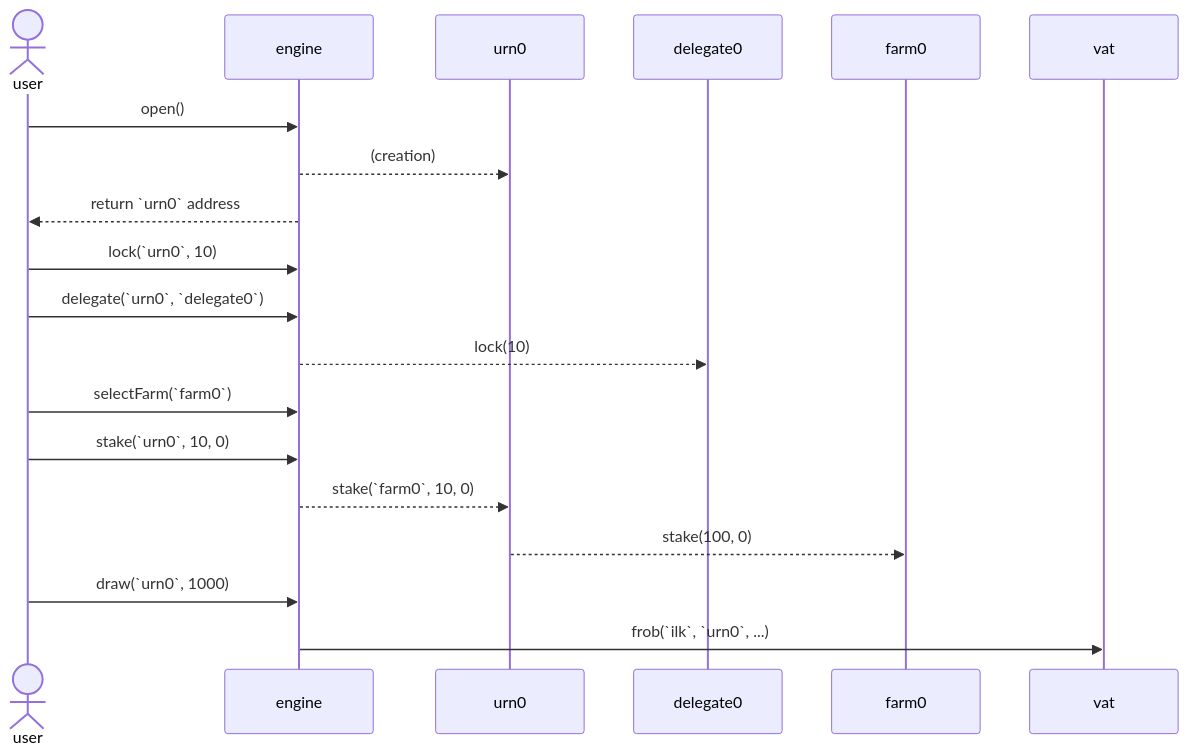
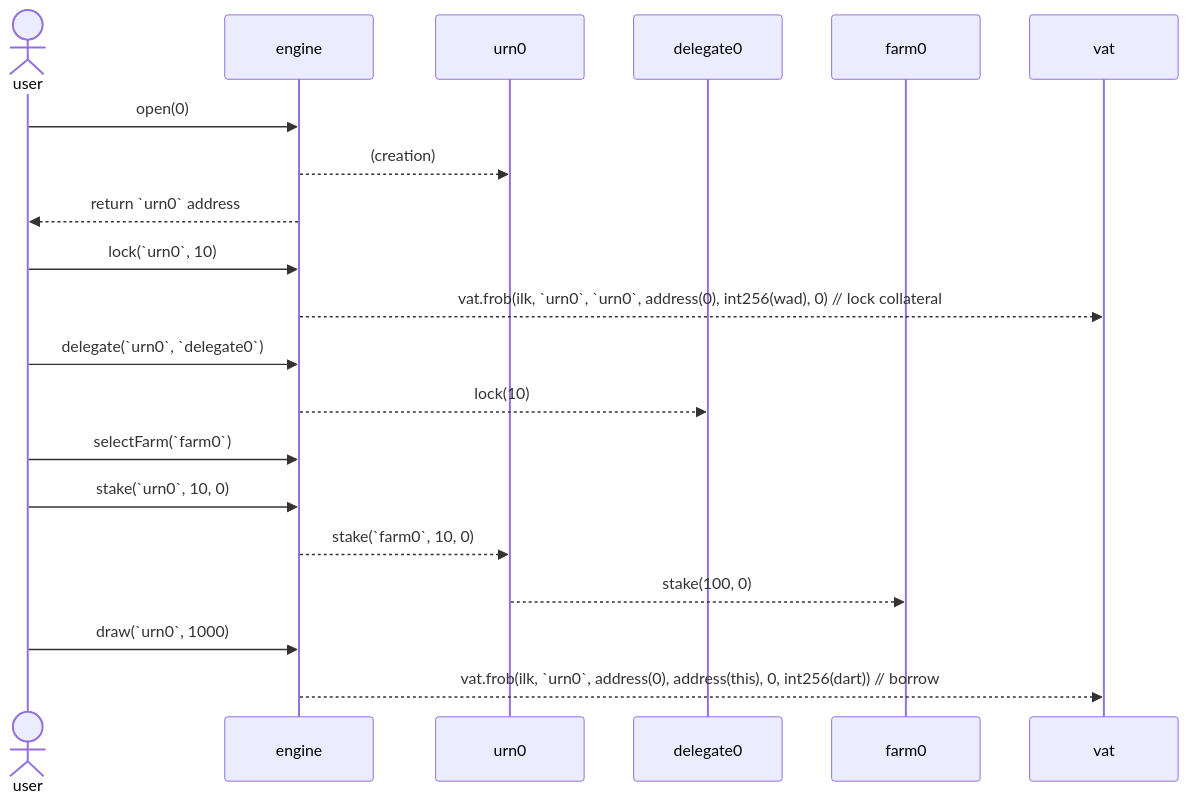
Before and after one commit to makerdao/lockstake: the diagram in lockstake-overview.md, drawn with Mermaid. The commit also changed other lines of this file, not shown here.

````diff
--- a/lockstake-overview.md
+++ b/lockstake-overview.md
@@ -46,27 +51,28 @@
 ```mermaid
 sequenceDiagram
 	Actor user
     participant engine
     participant urn0
     participant delegate0
     participant farm0
     participant vat
     
-    user->>engine: open()
+    user->>engine: open(0)
     engine-->>urn0: (creation)
     engine-->>user: return `urn0` address
        
     user->>engine: lock(`urn0`, 10)
+    engine-->>vat: vat.frob(ilk, `urn0`, `urn0`, address(0), int256(wad), 0) // lock collateral
     
     user->>engine: delegate(`urn0`, `delegate0`)
     engine-->>delegate0: lock(10)
     
     user->>engine: selectFarm(`farm0`)
     
     user->>engine: stake(`urn0`, 10, 0)
     engine-->>urn0: stake(`farm0`, 10, 0)
     urn0-->>farm0: stake(100, 0);
        
     user->>engine: draw(`urn0`, 1000)
-    engine->>vat: frob(`ilk`, `urn0`, ...);
+    engine-->>vat: vat.frob(ilk, `urn0`, address(0), address(this), 0, int256(dart)) // borrow
 ```
````
